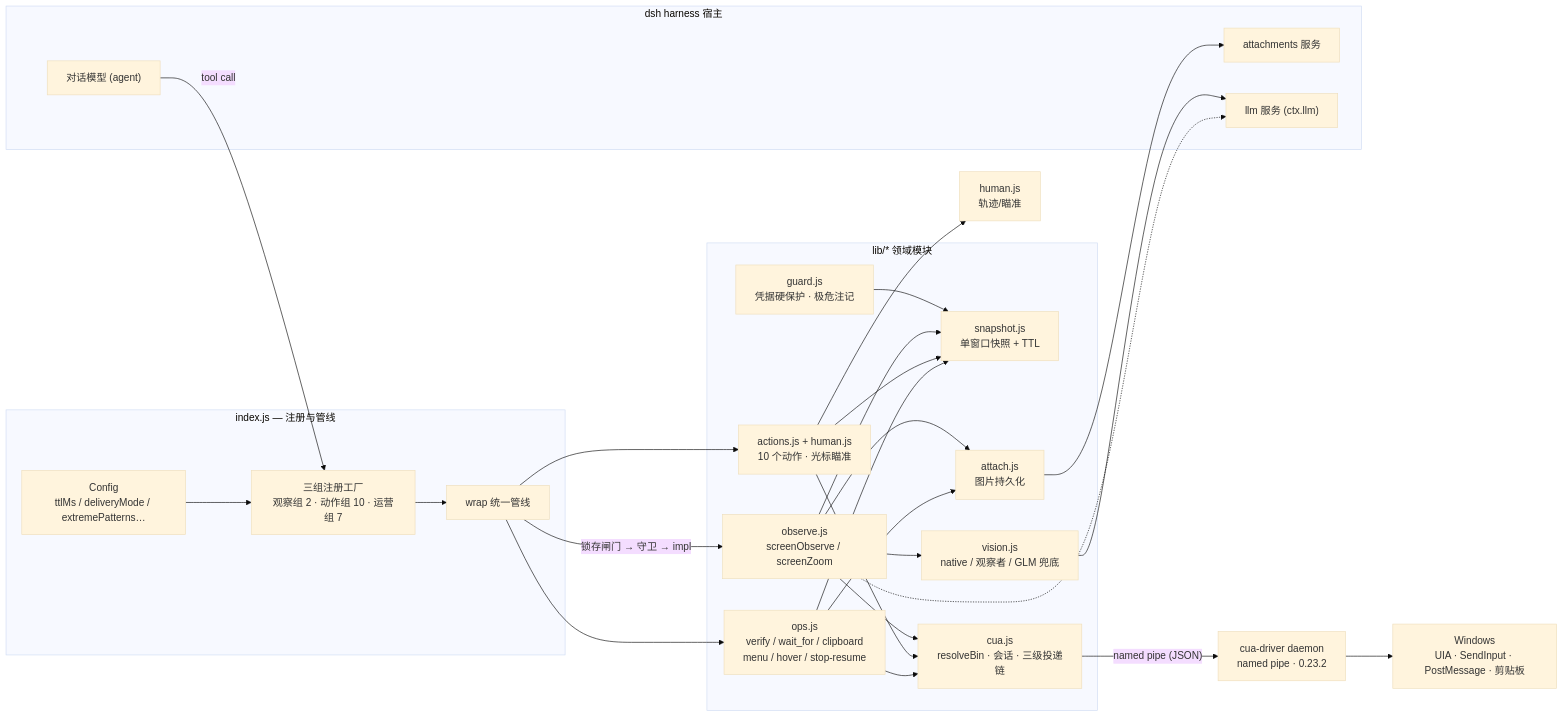
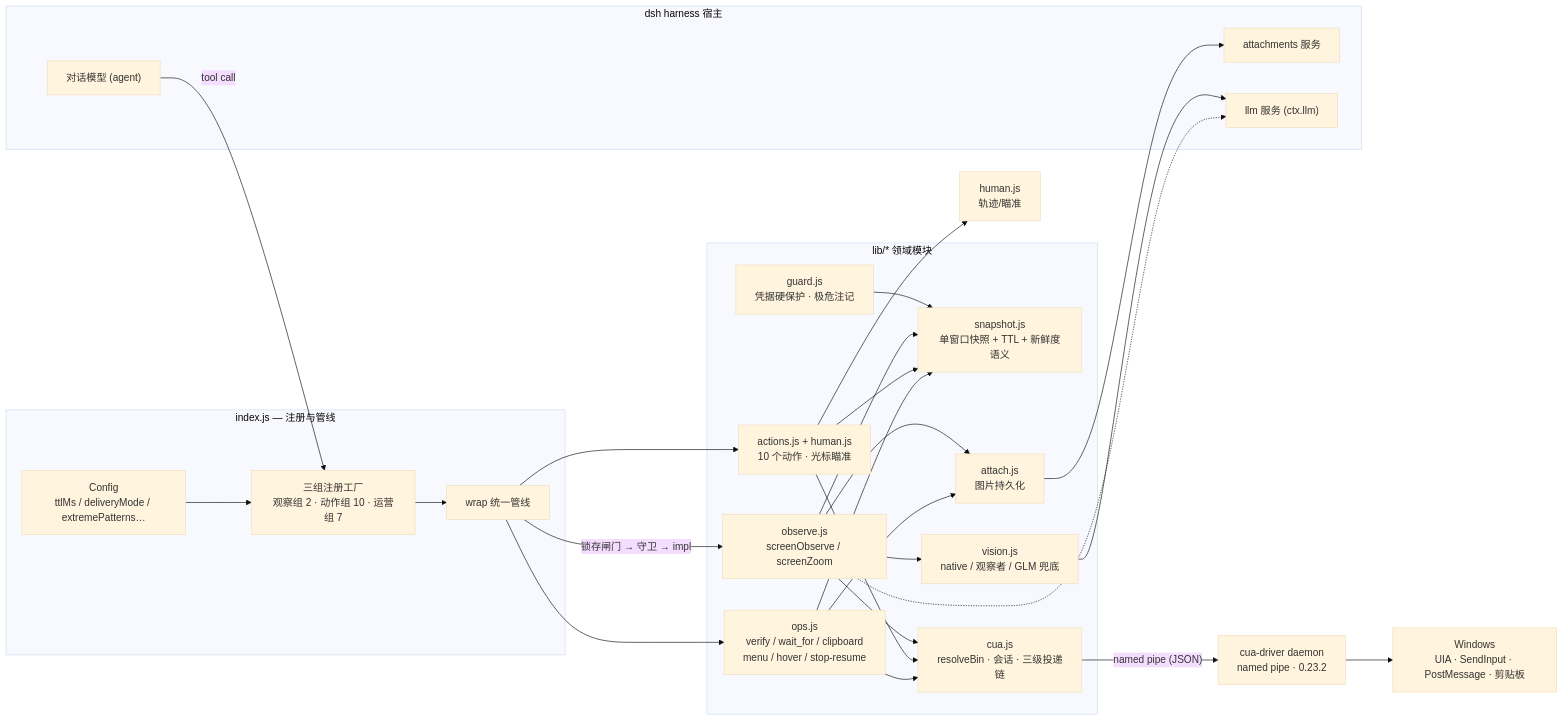
Before and after one commit to orangeofcarl0-sys/dsh-computer-use: the first of 4 diagrams in docs/ARCHITECTURE.md, drawn with Mermaid (base theme). The commit also changed other lines of this file and 2 other files, not shown here.

Commit message:
docs: HANDOFF 换版 09-07（三新件/硬知识更新/排期与上游挂账）、VERIFICATION 追加 Windows 运行时验证章节、ARCHITECTURE snapshot 模块表同步

````diff
--- a/docs/ARCHITECTURE.md
+++ b/docs/ARCHITECTURE.md
@@ -23,46 +23,46 @@
 ```mermaid
 graph LR
   subgraph HOST["dsh harness 宿主"]
     MODEL["对话模型 (agent)"]
     ATT["attachments 服务"]
     LLMSVC["llm 服务 (ctx.llm)"]
   end
 
   subgraph IDX["index.js — 注册与管线"]
     REG["三组注册工厂<br/>观察组 2 · 动作组 10 · 运营组 7"]
     WRAP["wrap 统一管线"]
     CFG["Config<br/>ttlMs / deliveryMode / extremePatterns…"]
   end
 
   subgraph LIB["lib/* 领域模块"]
     OBS["observe.js<br/>screenObserve / screenZoom"]
     ACT["actions.js + human.js<br/>10 个动作 · 光标瞄准"]
     OPS["ops.js<br/>verify / wait_for / clipboard<br/>menu / hover / stop-resume"]
     GUARD["guard.js<br/>凭据硬保护 · 极危注记"]
-    SNAP["snapshot.js<br/>单窗口快照 + TTL"]
+    SNAP["snapshot.js<br/>单窗口快照 + TTL + 新鲜度语义"]
     VIS["vision.js<br/>native / 观察者 / GLM 兜底"]
     ATTACH["attach.js<br/>图片持久化"]
     CUA["cua.js<br/>resolveBin · 会话 · 三级投递链"]
   end
 
   DRIVER["cua-driver daemon<br/>named pipe · 0.23.2"]
   OS["Windows<br/>UIA · SendInput · PostMessage · 剪贴板"]
 
   MODEL -- "tool call" --> REG
   CFG --> REG
   REG --> WRAP
   WRAP -->|"锁存闸门 → 守卫 → impl"| OBS
   WRAP --> ACT
   WRAP --> OPS
   GUARD --> SNAP
   OBS --> SNAP & VIS & ATTACH & CUA
   ACT --> HUMAN2 & SNAP & CUA
   OPS --> SNAP & ATTACH & CUA
   VIS --> LLMSVC
   ATTACH --> ATT
   OBS -.-> LLMSVC
   CUA -->|"named pipe (JSON)"| DRIVER
   DRIVER --> OS
 
   HUMAN2["human.js<br/>轨迹/瞄准"]
 ```
````
